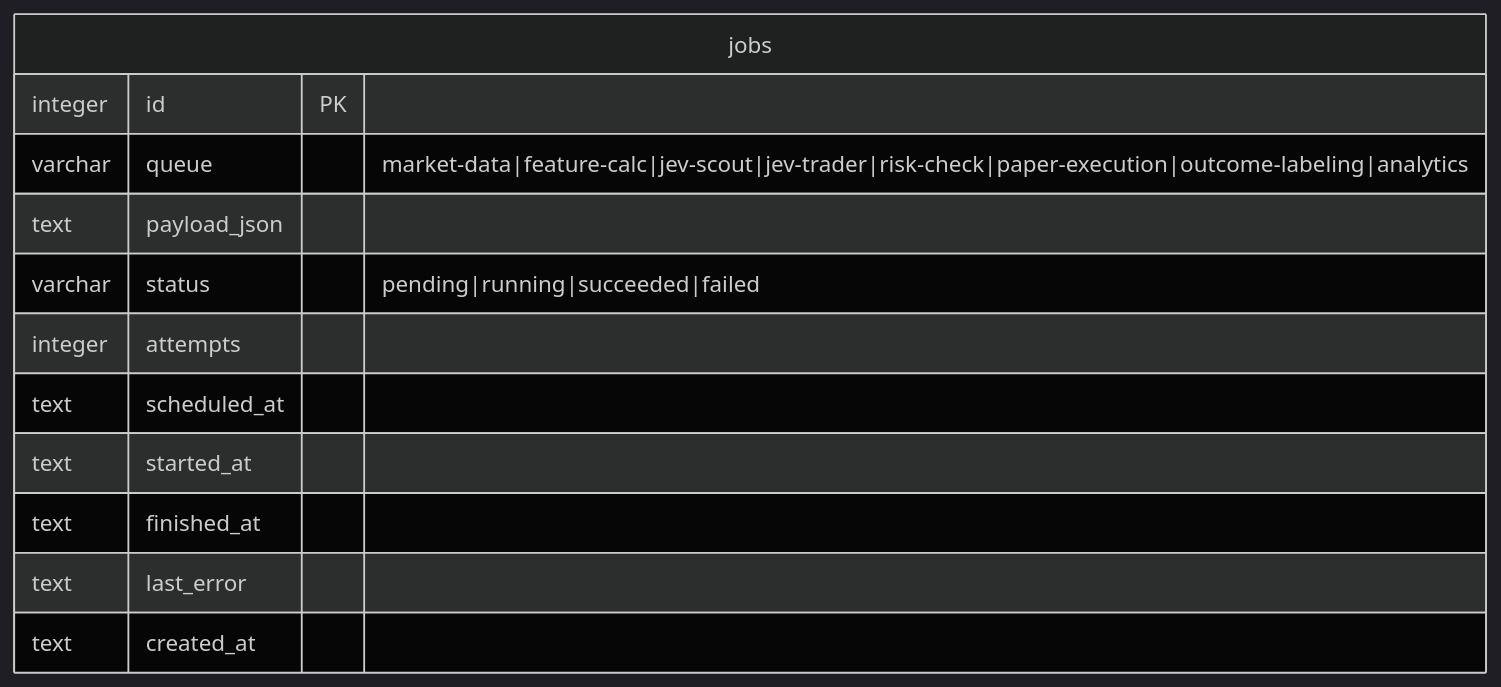
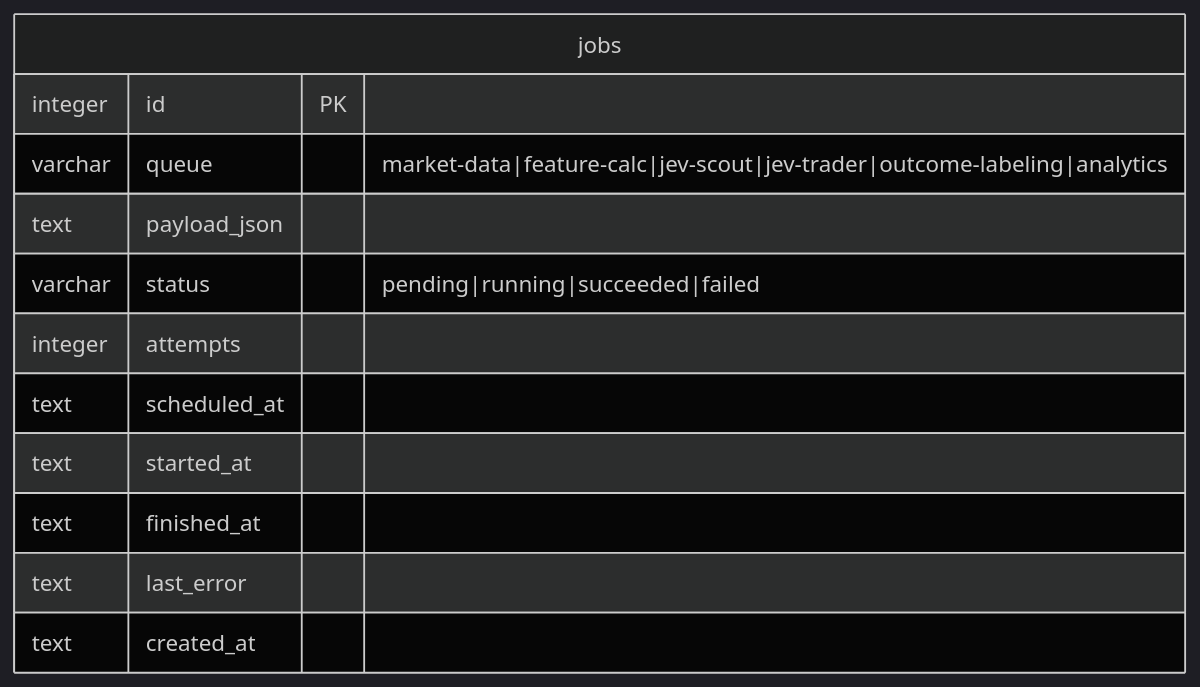
The fourth of 4 diagrams in docs/architecture/er/tables-system.md (ousiassllc/pitha-trador), drawn with Mermaid (dark theme) before and after one commit. The commit also changed other lines of this file and 19 other files, not shown here.

First line of the commit message:
fix: VWAP逆クロスを真のクロス判定にし、未使用のrisk-check/paper-executionキューを廃止

````diff
--- a/docs/architecture/er/tables-system.md
+++ b/docs/architecture/er/tables-system.md
@@ -90,15 +90,15 @@
 ```mermaid
 erDiagram
     jobs {
         integer id PK
-        varchar queue "market-data|feature-calc|jev-scout|jev-trader|risk-check|paper-execution|outcome-labeling|analytics"
+        varchar queue "market-data|feature-calc|jev-scout|jev-trader|outcome-labeling|analytics"
         text payload_json
         varchar status "pending|running|succeeded|failed"
         integer attempts
         text scheduled_at
         text started_at
         text finished_at
         text last_error
         text created_at
     }
 ```
````
